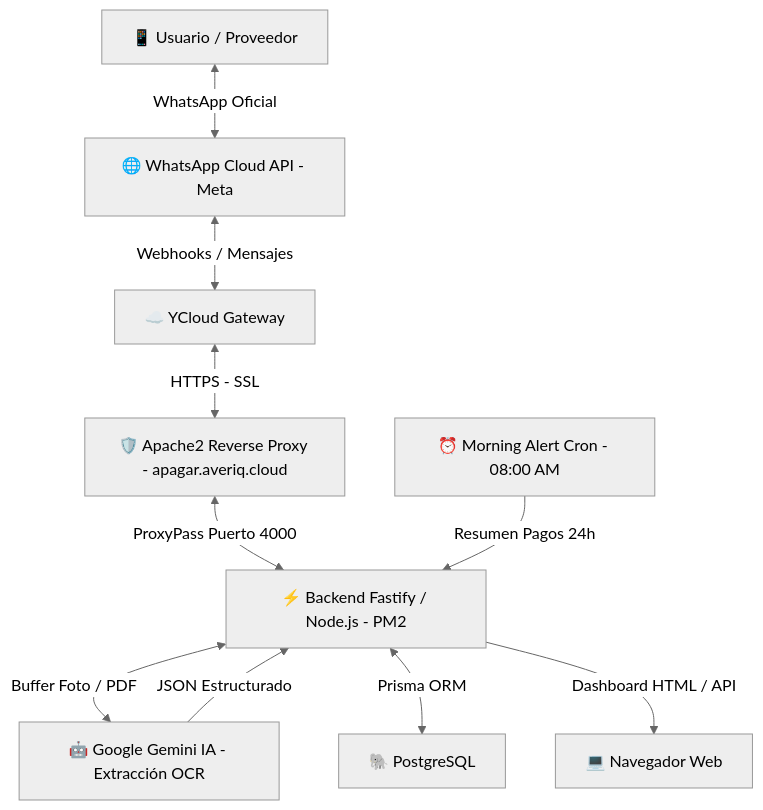
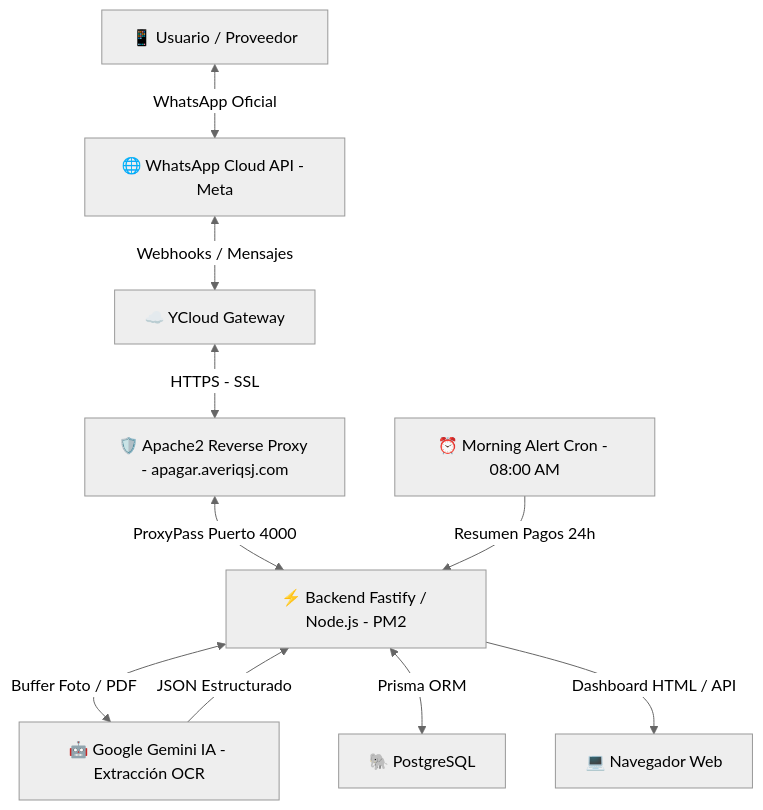
One commit to develophff-code/cuentas-pagar-saas changed the diagram in README.md. Above: the diagram before and after it, drawn with Mermaid (neutral theme). The commit also changed other lines of this file and 2 other files, not shown here.

Commit message:
chore: update production domain to apagar.averiqsj.com and update docs

````diff
--- a/README.md
+++ b/README.md
@@ -50,12 +50,12 @@
 ```mermaid
 flowchart TD
     User["📱 Usuario / Proveedor"] <-->|"WhatsApp Oficial"| Meta["🌐 WhatsApp Cloud API - Meta"]
     Meta <-->|"Webhooks / Mensajes"| YCloud["☁️ YCloud Gateway"]
-    YCloud <-->|"HTTPS - SSL"| Apache["🛡️ Apache2 Reverse Proxy - apagar.averiq.cloud"]
+    YCloud <-->|"HTTPS - SSL"| Apache["🛡️ Apache2 Reverse Proxy - apagar.averiqsj.com"]
     Apache <-->|"ProxyPass Puerto 4000"| Fastify["⚡ Backend Fastify / Node.js - PM2"]
     Fastify <-->|"Buffer Foto / PDF"| Gemini["🤖 Google Gemini IA - Extracción OCR"]
     Gemini -->|"JSON Estructurado"| Fastify
     Fastify <-->|"Prisma ORM"| Postgres["🐘 PostgreSQL"]
     Cron["⏰ Morning Alert Cron - 08:00 AM"] -->|"Resumen Pagos 24h"| Fastify
     Fastify -->|"Dashboard HTML / API"| Browser["💻 Navegador Web"]
 ```
````
